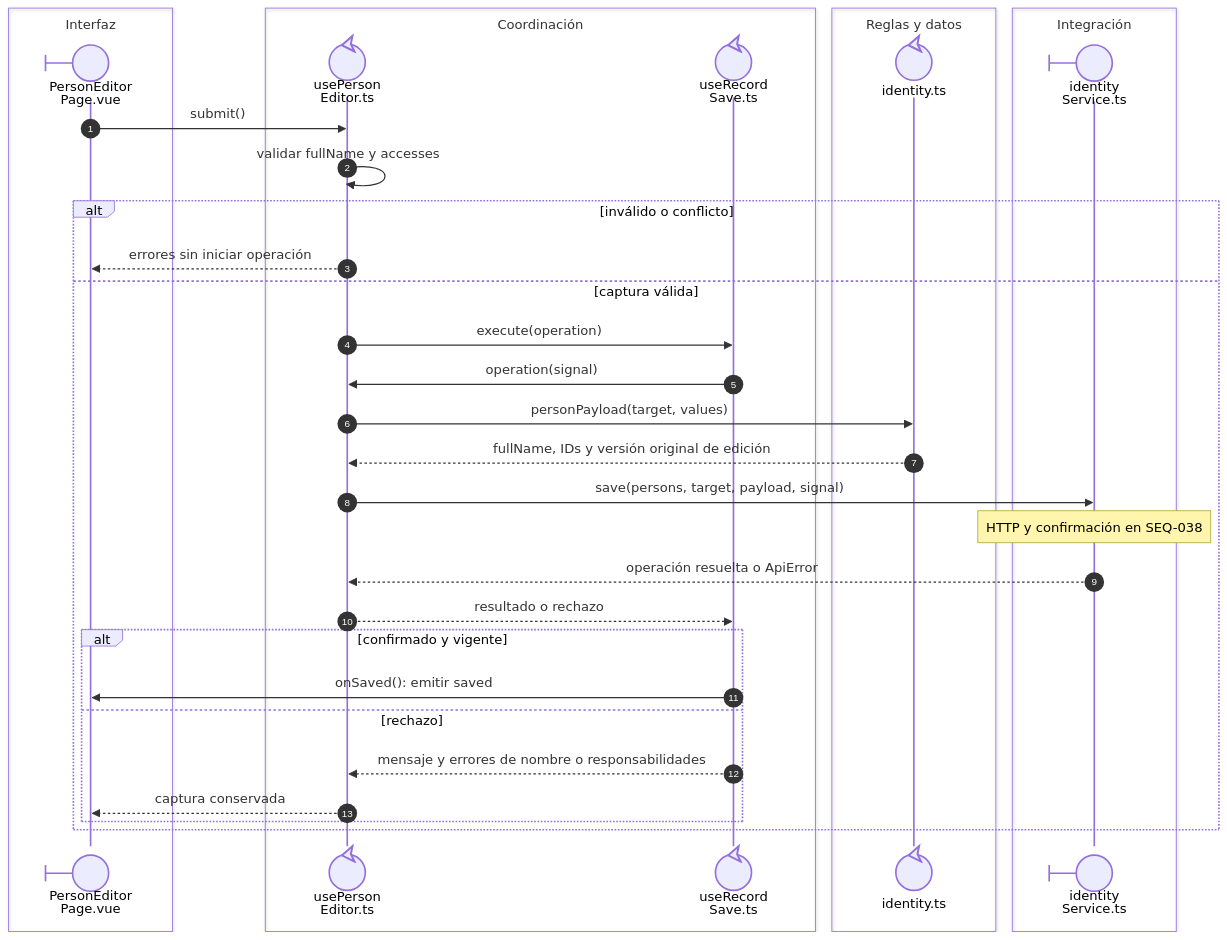
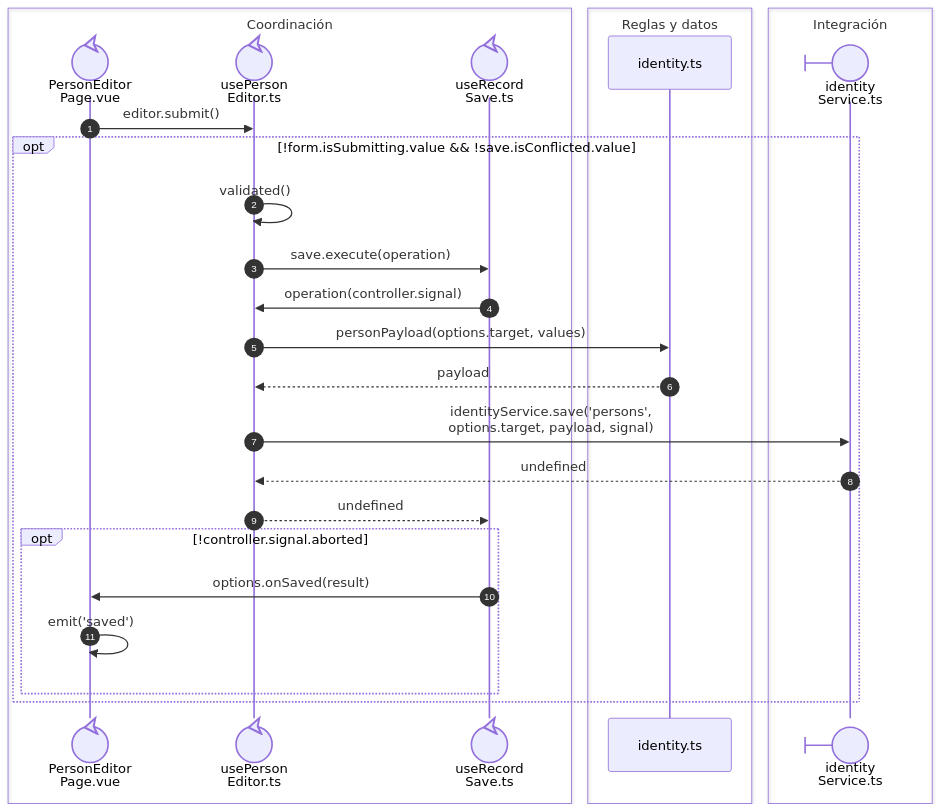
One commit to gpgsistemas01/nexus changed the diagram in front/docs/architecture/views/processes/04-identity/04-person-save.md. Above: the diagram before and after it, drawn with Mermaid. The commit also changed other lines of this file and 43 other files, not shown here.

````diff
--- a/front/docs/architecture/views/processes/04-identity/04-person-save.md
+++ b/front/docs/architecture/views/processes/04-identity/04-person-save.md
@@ -12,37 +7,30 @@
 ```mermaid
 sequenceDiagram
     autonumber
-    box Interfaz
-    participant Page@{ "type": "boundary" } as PersonEditor<br/>Page.vue
-    end
     box Coordinación
+    participant Page@{ "type": "control" } as PersonEditor<br/>Page.vue
     participant Editor@{ "type": "control" } as usePerson<br/>Editor.ts
     participant Save@{ "type": "control" } as useRecord<br/>Save.ts
     end
     box Reglas y datos
-    participant Payload@{ "type": "control" } as identity.ts
+    participant Payload as identity.ts
     end
     box Integración
     participant Service@{ "type": "boundary" } as identity<br/>Service.ts
     end
-    Page->>Editor: submit()
-    Editor->>Editor: validar fullName y accesses
-    alt inválido o conflicto
-        Editor-->>Page: errores sin iniciar operación
-    else captura válida
-        Editor->>Save: execute(operation)
-        Save->>Editor: operation(signal)
-        Editor->>Payload: personPayload(target, values)
-        Payload-->>Editor: fullName, IDs y versión original de edición
-        Editor->>Service: save(persons, target, payload, signal)
-        Note over Service: HTTP y confirmación en SEQ-038
-        Service-->>Editor: operación resuelta o ApiError
-        Editor-->>Save: resultado o rechazo
-        alt confirmado y vigente
-            Save->>Page: onSaved(): emitir saved
-        else rechazo
-            Save-->>Editor: mensaje y errores de nombre o responsabilidades
-            Editor-->>Page: captura conservada
+    Page->>Editor: nowrap: editor.submit()
+    opt nowrap: !form.isSubmitting.value && !save.isConflicted.value
+        Editor->>Editor: nowrap: validated()
+        Editor->>Save: nowrap: save.execute(operation)
+        Save->>Editor: nowrap: operation(controller.signal)
+        Editor->>Payload: nowrap: personPayload(options.target, values)
+        Payload-->>Editor: nowrap: payload
+        Editor->>Service: nowrap: identityService.save('persons',<br/>options.target, payload, signal)
+        Service-->>Editor: nowrap: undefined
+        Editor-->>Save: nowrap: undefined
+        opt nowrap: !controller.signal.aborted
+            Save->>Page: nowrap: options.onSaved(result)
+            Page->>Page: nowrap: emit('saved')
         end
     end
 ```
````
